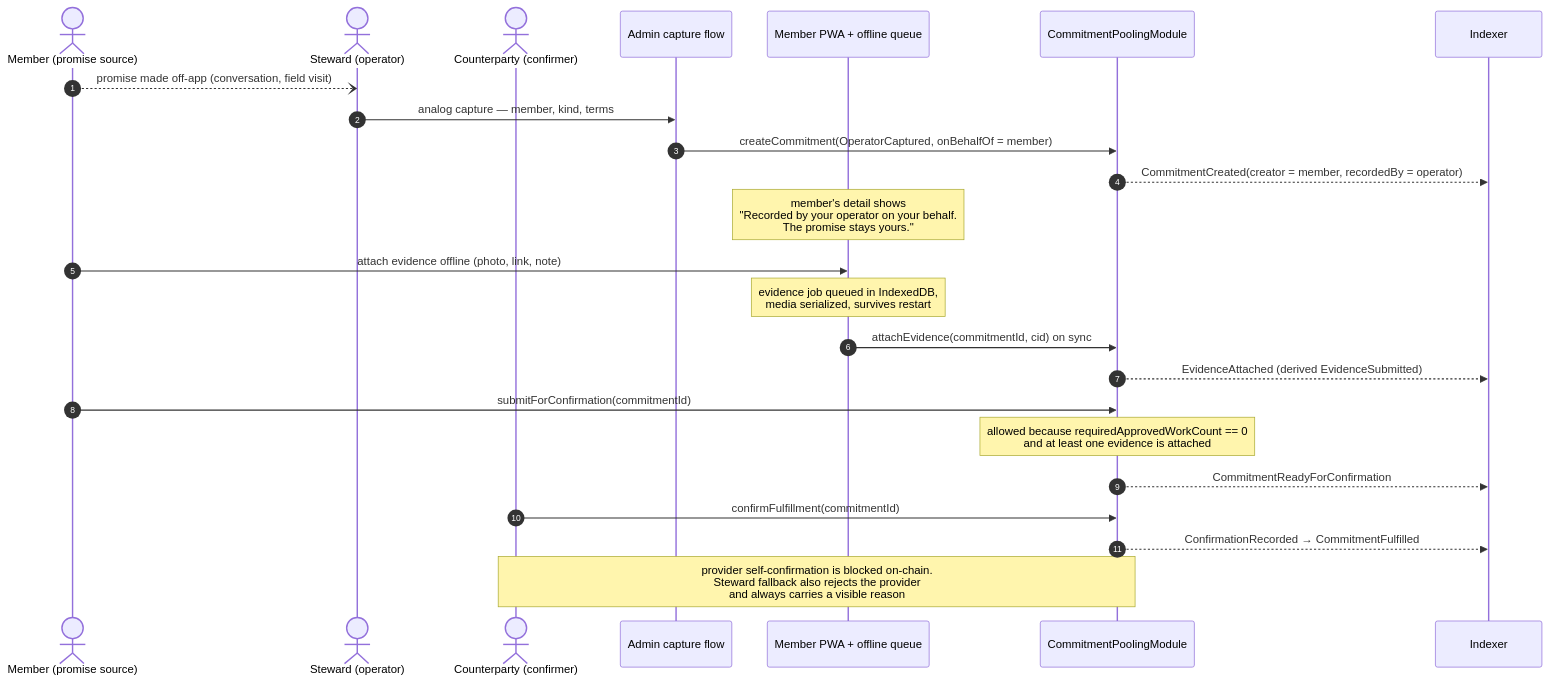
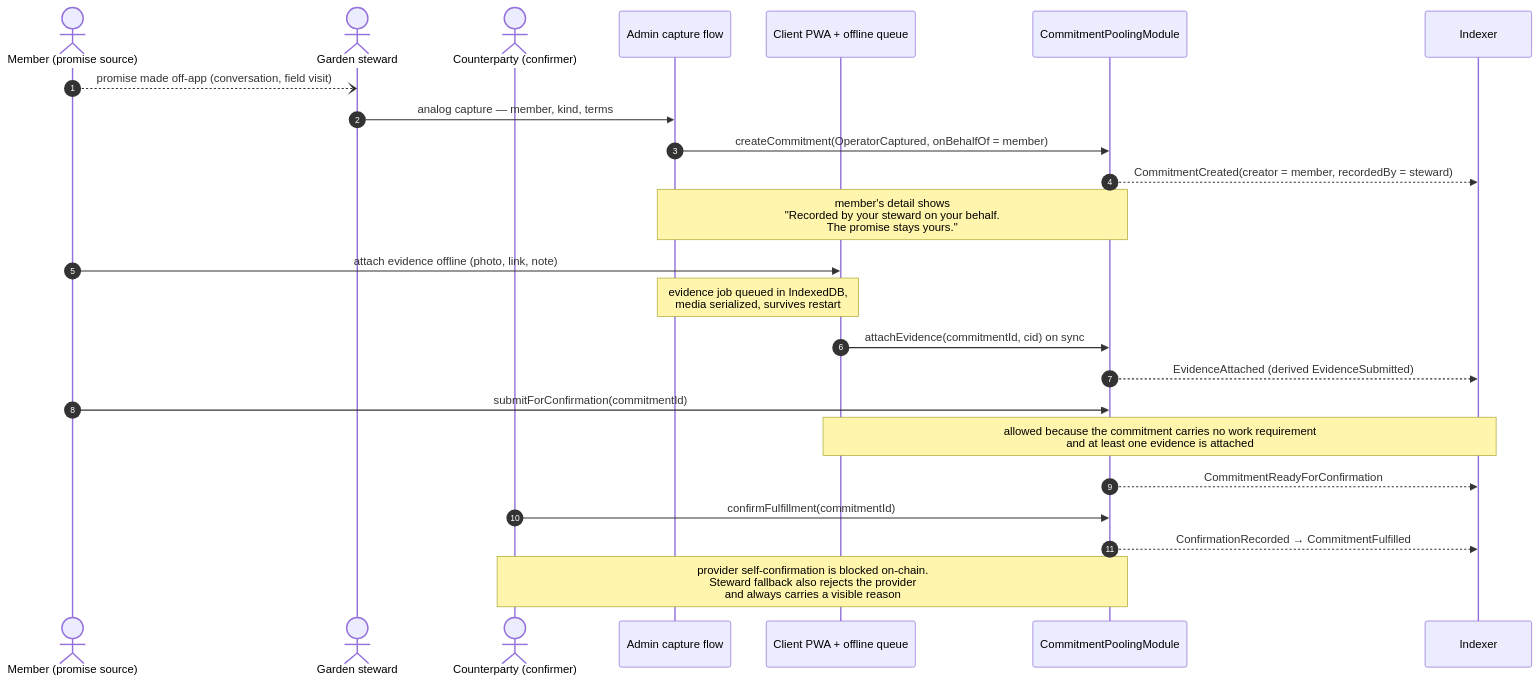
The fourth of 18 diagrams in .plans/active/commitment-pooling/diagrams.md (greenpill-dev-guild/green-goods), drawn with Mermaid before and after one commit. The commit also changed other lines of this file and 20 other files, not shown here.

````diff
--- a/.plans/active/commitment-pooling/diagrams.md
+++ b/.plans/active/commitment-pooling/diagrams.md
@@ -227,27 +257,27 @@
 ```mermaid
 sequenceDiagram
   autonumber
   actor MEM as Member (promise source)
-  actor OP as Steward (operator)
+  actor OP as Garden steward
   actor CP as Counterparty (confirmer)
   participant ADM as Admin capture flow
-  participant PWA as Member PWA + offline queue
+  participant PWA as Client PWA + offline queue
   participant M as CommitmentPoolingModule
   participant IDX as Indexer
 
   MEM--)OP: promise made off-app (conversation, field visit)
   OP->>ADM: analog capture — member, kind, terms
   ADM->>M: createCommitment(OperatorCaptured, onBehalfOf = member)
-  M-->>IDX: CommitmentCreated(creator = member, recordedBy = operator)
-  Note over PWA: member's detail shows<br/>"Recorded by your operator on your behalf.<br/>The promise stays yours."
+  M-->>IDX: CommitmentCreated(creator = member, recordedBy = steward)
+  Note over ADM,M: member's detail shows<br/>"Recorded by your steward on your behalf.<br/>The promise stays yours."
   MEM->>PWA: attach evidence offline (photo, link, note)
-  Note over PWA: evidence job queued in IndexedDB,<br/>media serialized, survives restart
+  Note over ADM,PWA: evidence job queued in IndexedDB,<br/>media serialized, survives restart
   PWA->>M: attachEvidence(commitmentId, cid) on sync
   M-->>IDX: EvidenceAttached (derived EvidenceSubmitted)
   MEM->>M: submitForConfirmation(commitmentId)
-  Note over M: allowed because requiredApprovedWorkCount == 0<br/>and at least one evidence is attached
+  Note over PWA,IDX: allowed because the commitment carries no work requirement<br/>and at least one evidence is attached
   M-->>IDX: CommitmentReadyForConfirmation
   CP->>M: confirmFulfillment(commitmentId)
   M-->>IDX: ConfirmationRecorded → CommitmentFulfilled
   Note over CP,M: provider self-confirmation is blocked on-chain.<br/>Steward fallback also rejects the provider<br/>and always carries a visible reason
 ```
````
